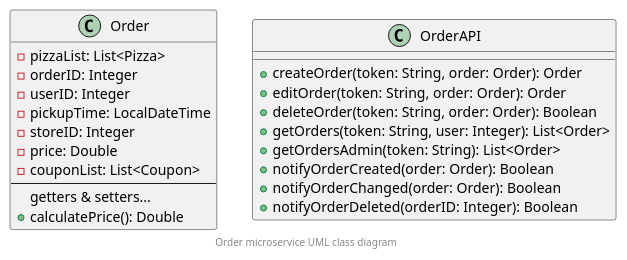
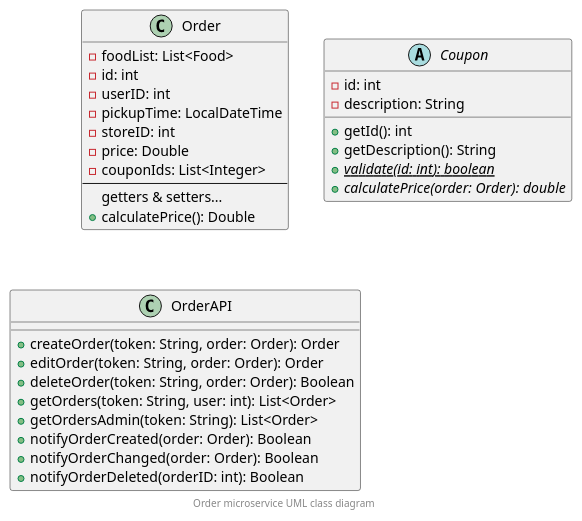
The diagram in docs/microservice_order.puml (GloryFight3r/SEM-Group07b), drawn with PlantUML before and after one commit. The commit also changed 11 other files, not shown here.

```diff
--- a/docs/microservice_order.puml
+++ b/docs/microservice_order.puml
@@ -1,28 +1,38 @@
 @startuml
 
 class Order {
-    - pizzaList: List<Pizza>
-    - orderID: Integer
-    - userID: Integer
+    - foodList: List<Food>
+    - id: int
+    - userID: int
     - pickupTime: LocalDateTime
-    - storeID: Integer
+    - storeID: int
     - price: Double
-    - couponList: List<Coupon>
+    - couponIds: List<Integer>
     --
     getters & setters...
     + calculatePrice(): Double
+}
+
+abstract class Coupon {
+ - id: int
+ - description: String
+
+ + getId(): int
+ + getDescription(): String
+ {abstract}{static}+ validate(id: int): boolean
+ {abstract}+ calculatePrice(order: Order): double
 }
 
 class OrderAPI {
     + createOrder(token: String, order: Order): Order
     + editOrder(token: String, order: Order): Order
     + deleteOrder(token: String, order: Order): Boolean
-    + getOrders(token: String, user: Integer): List<Order>
+    + getOrders(token: String, user: int): List<Order>
     + getOrdersAdmin(token: String): List<Order>
     + notifyOrderCreated(order: Order): Boolean
     + notifyOrderChanged(order: Order): Boolean
-    + notifyOrderDeleted(orderID: Integer): Boolean
+    + notifyOrderDeleted(orderID: int): Boolean
 }
 
 footer Order microservice UML class diagram
 @enduml
```
